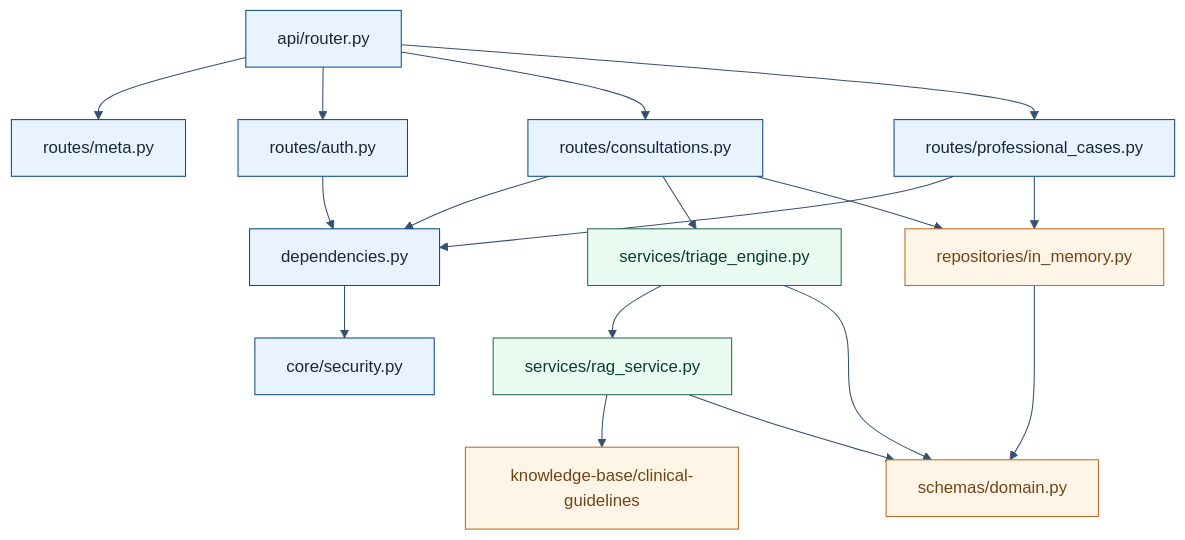
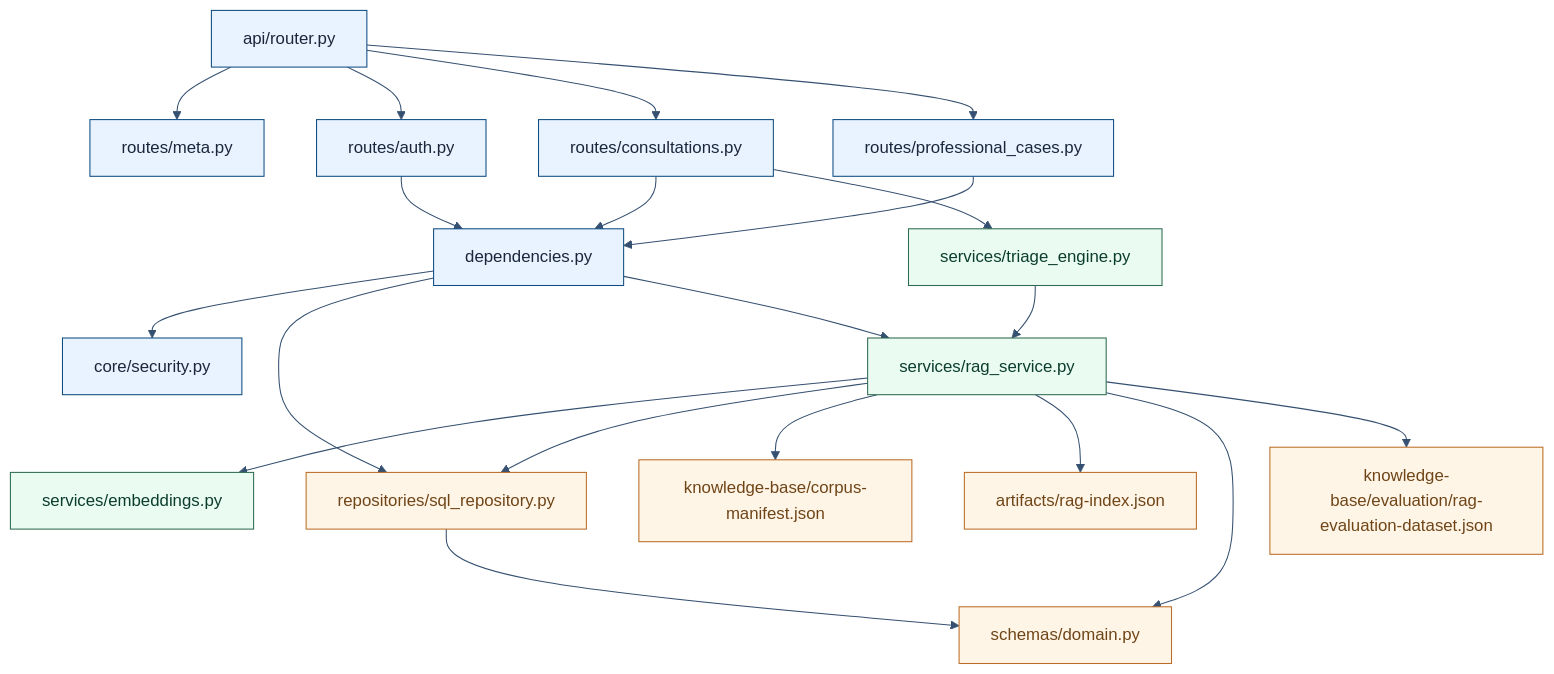
The diagram in docs/architecture/03-backend-components.mmd (JesusJC15/proyecto-arep), drawn with Mermaid before and after one commit. The commit also changed 90 other files, not shown here.

```diff
--- a/docs/architecture/03-backend-components.mmd
+++ b/docs/architecture/03-backend-components.mmd
@@ -1,41 +1,47 @@
 %%{init: {"theme": "base", "themeVariables": {"fontFamily": "Inter, Segoe UI, sans-serif", "primaryColor": "#E8F3FF", "primaryBorderColor": "#0F4C81", "lineColor": "#355070", "secondaryColor": "#EAFBF2", "tertiaryColor": "#FFF5E6"}}}%%
 flowchart TB
     api_router["api/router.py"]
     meta["routes/meta.py"]
     auth["routes/auth.py"]
     consultations["routes/consultations.py"]
     prof_cases["routes/professional_cases.py"]
     deps["dependencies.py"]
     security["core/security.py"]
     triage_engine["services/triage_engine.py"]
-    rag_service["services/rag_service.py"]
-    repo["repositories/in_memory.py"]
+    rag["services/rag_service.py"]
+    embeddings["services/embeddings.py"]
+    repo["repositories/sql_repository.py"]
     domain["schemas/domain.py"]
-    kb["knowledge-base/clinical-guidelines"]
+    corpus["knowledge-base/corpus-manifest.json"]
+    evalset["knowledge-base/evaluation/rag-evaluation-dataset.json"]
+    index["artifacts/rag-index.json"]
 
     api_router --> meta
     api_router --> auth
     api_router --> consultations
     api_router --> prof_cases
 
     auth --> deps
     consultations --> deps
     prof_cases --> deps
     deps --> security
+    deps --> repo
+    deps --> rag
 
     consultations --> triage_engine
-    consultations --> repo
-    prof_cases --> repo
-    triage_engine --> rag_service
-    triage_engine --> domain
-    rag_service --> kb
-    rag_service --> domain
+    triage_engine --> rag
+    rag --> embeddings
+    rag --> repo
+    rag --> corpus
+    rag --> index
+    rag --> domain
     repo --> domain
+    rag --> evalset
 
     classDef api fill:#E8F3FF,stroke:#0F4C81,stroke-width:1px,color:#1B263B;
     classDef service fill:#EAFBF2,stroke:#2D6A4F,stroke-width:1px,color:#0B3D2E;
     classDef data fill:#FFF5E6,stroke:#BC6C25,stroke-width:1px,color:#6F4518;
 
     class api_router,meta,auth,consultations,prof_cases,deps,security api;
-    class triage_engine,rag_service service;
-    class repo,domain,kb data;
+    class triage_engine,rag,embeddings service;
+    class repo,domain,corpus,evalset,index data;
```
